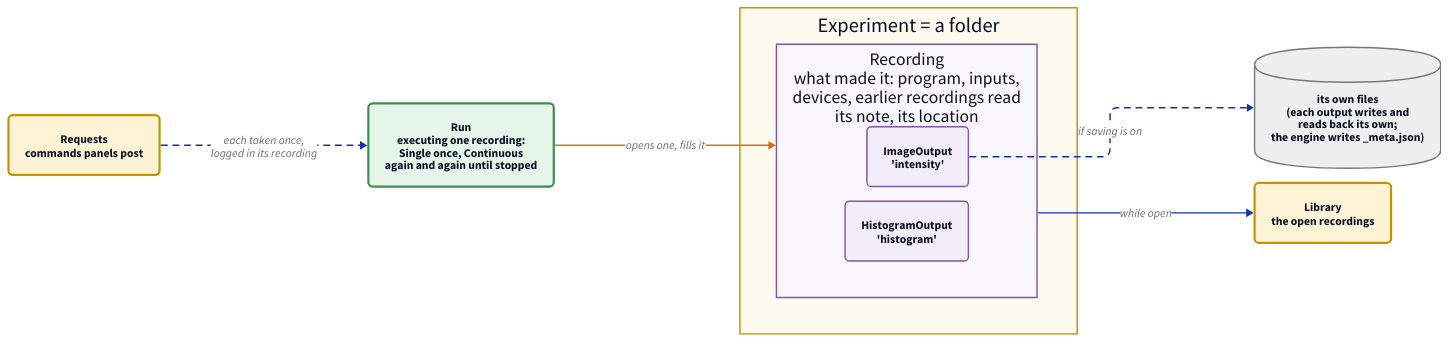
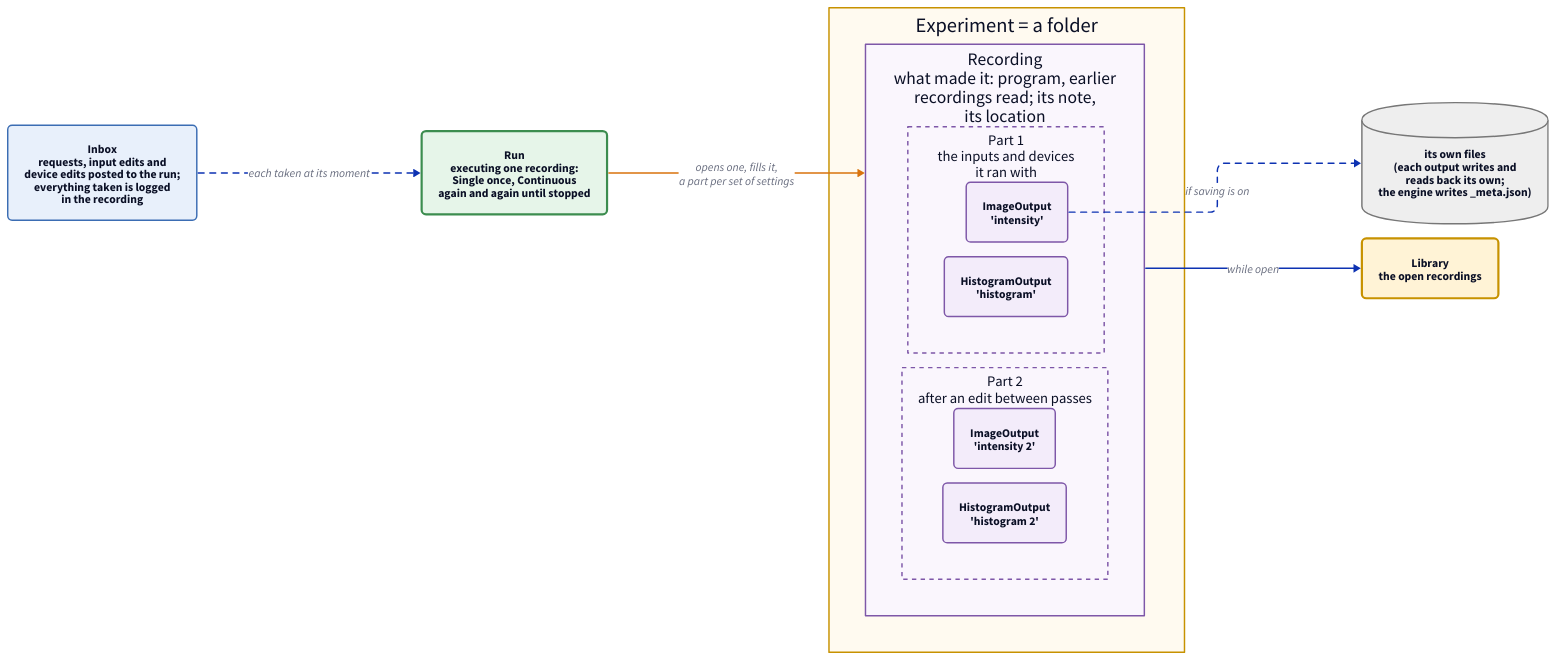
One commit to FishyIshyFishy/pyrpoc changed the diagram in docs/diagrams/nouns.d2. Above: the diagram before and after it, drawn with D2. The commit also changed 59 other files, not shown here.

```diff
--- a/docs/diagrams/nouns.d2
+++ b/docs/diagrams/nouns.d2
@@ -1,34 +1,44 @@
 # Board 2 of 2: the nouns. Left: one run. Middle: what is made of what. Right: where it lives.
 vars: {d2-config: {layout-engine: elk}}
 direction: right
 
 classes: {
   data: {style: {fill: "#f3ecfa"; stroke: "#7e57a8"; border-radius: 6}}
+  part: {style: {fill: "#faf6fd"; stroke: "#7e57a8"; stroke-dash: 3}}
   run: {style: {fill: "#e6f5e9"; stroke: "#3c8d4f"; stroke-width: 3; border-radius: 6}}
   coll: {style: {fill: "#fff3d6"; stroke: "#c79200"; stroke-width: 3; border-radius: 6}}
+  inbox: {style: {fill: "#e8f0fb"; stroke: "#3b6db3"; stroke-width: 2; border-radius: 6}}
   disk: {shape: cylinder; style: {fill: "#eeeeee"; stroke: "#777777"}}
 }
 
 run: "Run\nexecuting one recording:\nSingle once, Continuous\nagain and again until stopped" {class: run}
 
 folder: "Experiment = a folder" {
   style: {fill: "#fffaf0"; stroke: "#c79200"}
 
-  recording: "Recording\nwhat made it: program, inputs,\ndevices, earlier recordings read\nits note, its location" {
+  recording: "Recording\nwhat made it: program, earlier\nrecordings read; its note,\nits location" {
     style: {fill: "#faf6fd"; stroke: "#7e57a8"}
 
-    intensity: "ImageOutput\n'intensity'" {class: data}
-    histogram: "HistogramOutput\n'histogram'" {class: data}
+    part1: "Part 1\nthe inputs and devices\nit ran with" {
+      class: part
+      intensity: "ImageOutput\n'intensity'" {class: data}
+      histogram: "HistogramOutput\n'histogram'" {class: data}
+    }
+    part2: "Part 2\nafter an edit between passes" {
+      class: part
+      intensity2: "ImageOutput\n'intensity 2'" {class: data}
+      histogram2: "HistogramOutput\n'histogram 2'" {class: data}
+    }
   }
 }
 
-run -> folder.recording: "opens one, fills it" {style.stroke: "#d9730d"}
+run -> folder.recording: "opens one, fills it,\na part per set of settings" {style.stroke: "#d9730d"}
 
 library: "Library\nthe open recordings" {class: coll}
 files: "its own files\n(each output writes and\nreads back its own;\nthe engine writes _meta.json)" {class: disk}
 
 folder.recording -> library: "while open"
-folder.recording.intensity -> files: "if saving is on" {style.stroke-dash: 4}
+folder.recording.part1.intensity -> files: "if saving is on" {style.stroke-dash: 4}
 
-requests: "Requests\ncommands panels post" {class: coll}
-requests -> run: "each taken once,\nlogged in its recording" {style.stroke-dash: 4}
+inbox: "Inbox\nrequests, input edits and\ndevice edits posted to the run;\neverything taken is logged\nin the recording" {class: inbox}
+inbox -> run: "each taken at its moment" {style.stroke-dash: 4}
```
